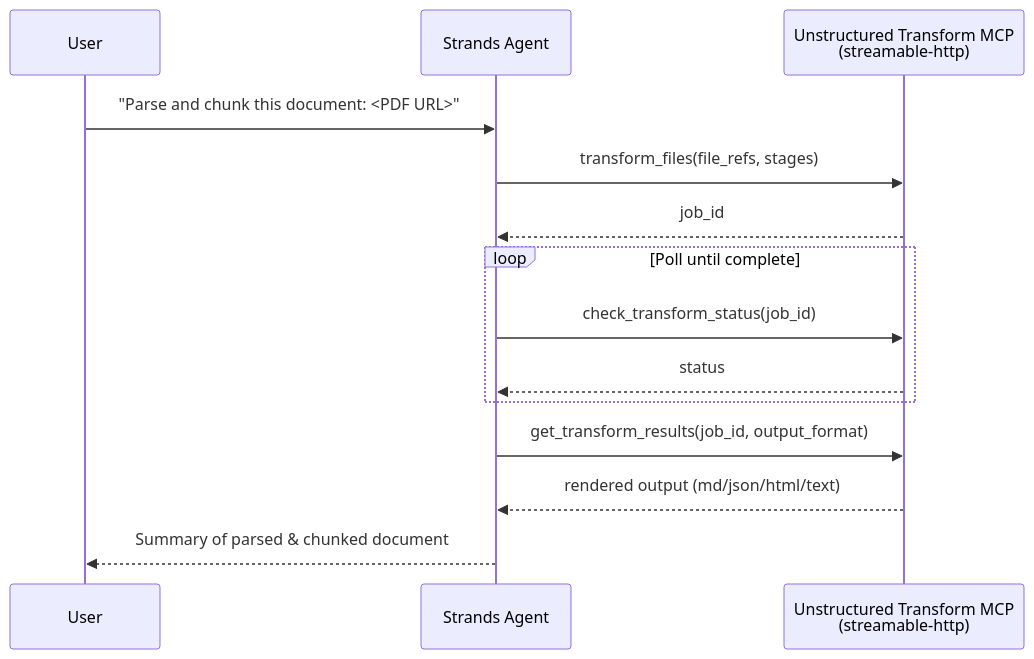
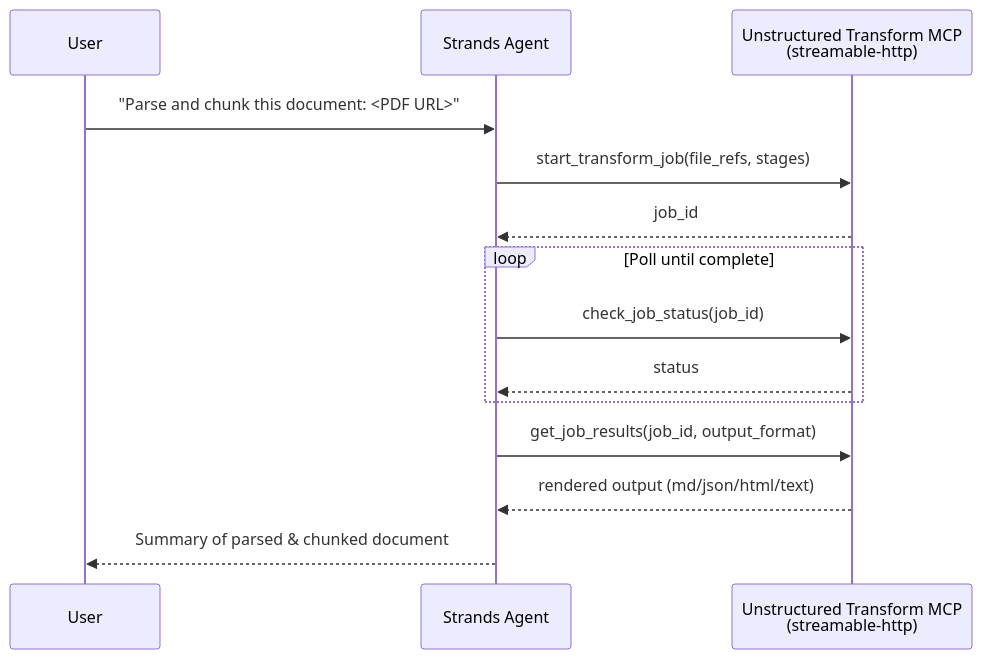
The diagram in python/03-integrate/protocols/unstructured-transform-mcp/README.md (strands-agents/samples), drawn with Mermaid before and after one commit. The commit also changed other lines of this file and 2 other files, not shown here.

Commit message:
Update tool names for Transform MCP rename (transform_files -> start_transform_job, check_transform_status -> check_job_status, get_transform_results -> get_job_results)

````diff
--- a/python/03-integrate/protocols/unstructured-transform-mcp/README.md
+++ b/python/03-integrate/protocols/unstructured-transform-mcp/README.md
@@ -24,17 +24,17 @@
 ```mermaid
 sequenceDiagram
     participant User
     participant Agent as Strands Agent
     participant Transform as Unstructured Transform MCP<br/>(streamable-http)
 
     User->>Agent: "Parse and chunk this document: <PDF URL>"
-    Agent->>Transform: transform_files(file_refs, stages)
+    Agent->>Transform: start_transform_job(file_refs, stages)
     Transform-->>Agent: job_id
     loop Poll until complete
-        Agent->>Transform: check_transform_status(job_id)
+        Agent->>Transform: check_job_status(job_id)
         Transform-->>Agent: status
     end
-    Agent->>Transform: get_transform_results(job_id, output_format)
+    Agent->>Transform: get_job_results(job_id, output_format)
     Transform-->>Agent: rendered output (md/json/html/text)
     Agent-->>User: Summary of parsed & chunked document
 ```
````
